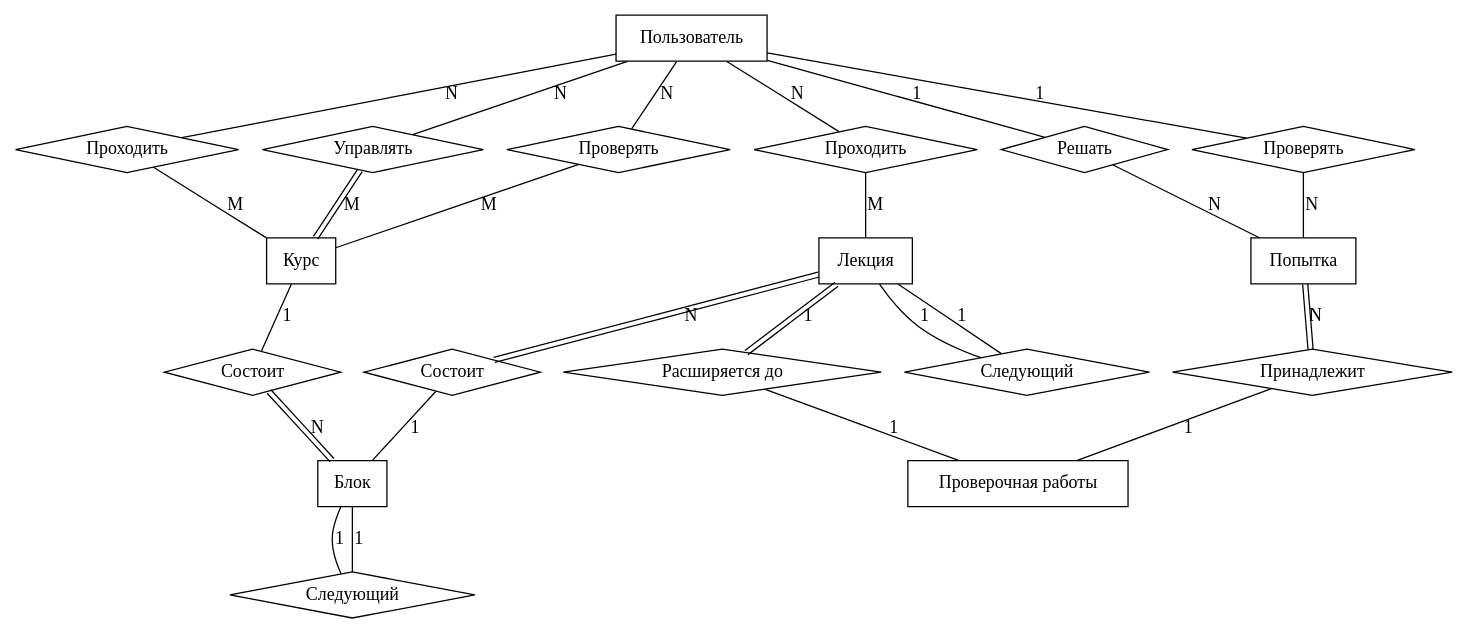
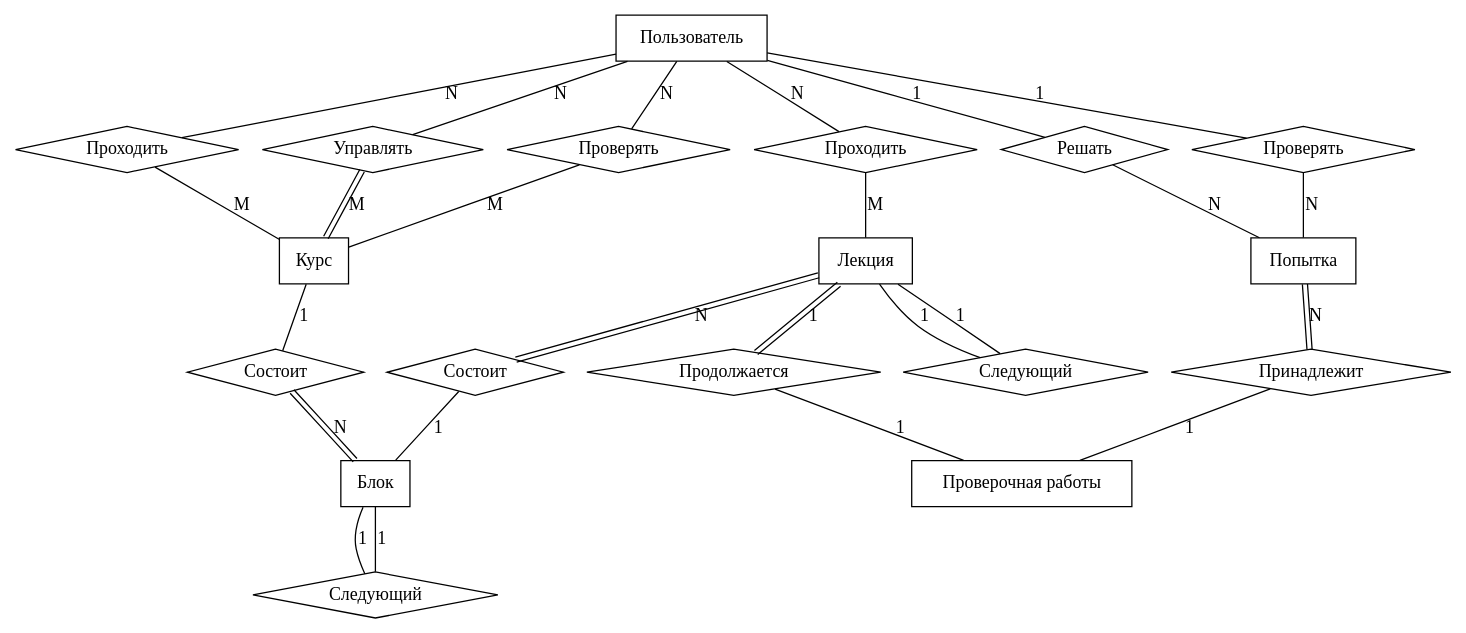
One commit to AsciiShell/DB_project changed the diagram in Text/schemas/ER.dot. Above: the diagram before and after it, drawn with Graphviz.

Commit message:
Rename link

```diff
--- a/Text/schemas/ER.dot
+++ b/Text/schemas/ER.dot
@@ -1,61 +1,61 @@
 graph ERD {
 
   //graph [ ranksep="0"];
   //rankdir=LR;
 
   User [ label="Пользователь" shape = "box" ];
   Course [ label="Курс" shape = "box" ];
   Block [ label="Блок" shape = "box" ];
   Task [ label="Проверочная работы" shape = "box" ];
   Solution [ label="Попытка" shape = "box" ];
   Lecture [ label="Лекция" shape = "box" ];
 
   UserCourseSolve [ label="Проходить" shape = "diamond" ];
   UserCourseControl [ label="Управлять" shape = "diamond" ];
   UserCourseCheck [ label="Проверять" shape = "diamond" ];
   CourseBlock [ label="Состоит" shape = "diamond" ];
   BlockLecture [ label="Состоит" shape = "diamond" ];
-  LectureTask [ label="Расширяется до" shape = "diamond" ];
+  LectureTask [ label="Продолжается" shape = "diamond" ];
   BlockNext [ label="Следующий" shape = "diamond" ];
   LectureNext [ label="Следующий" shape = "diamond" ];
   LectureUser [ label="Проходить" shape = "diamond" ];
   TaskSolution [ label="Принадлежит" shape = "diamond" ];
   UserSolutionSolve [ label="Решать" shape = "diamond" ];
   UserSolutionCheck [ label="Проверять" shape = "diamond" ];
   
   //{rank = same; UserCourseSolve; UserCourseControl; UserCourseCheck; LectureUser; UserSolutionSolve; UserSolutionCheck;}
   //{rank = same; Block;Task;}
   //{rank = same; CourseBlock;BlockLecture;LectureTask;}
   
   User -- UserCourseSolve[label = N];
   UserCourseSolve -- Course[label = M]; 
   User -- UserCourseControl[label = N];
   UserCourseControl-- Course[color="black:invis:black" label=M] ; 
   User -- UserCourseCheck[label = N];
   UserCourseCheck -- Course[label = M]; 
   User -- UserSolutionSolve[label = 1];
   UserSolutionSolve -- Solution[label = N];
   User -- UserSolutionCheck[label = 1];
   UserSolutionCheck -- Solution[label = N];
   User -- LectureUser[label = N];
   LectureUser -- Lecture[label = M];
   
   Course -- CourseBlock[label = 1];
   CourseBlock -- Block[color = "black:invis:black" label=N] ; 
   
   BlockLecture -- Block[label = 1];
   Lecture -- LectureTask[color = "black:invis:black"  label = 1];
   
   Lecture -- BlockLecture [color = "black:invis:black" label=N] ; 
   LectureTask -- Task[label=1] ; 
   
   TaskSolution -- Task[label = 1];
   Solution -- TaskSolution[color = "black:invis:black" label=N] ; 
   
   // loopback TaskNext
   Block -- BlockNext [label=1] ; 
   BlockNext -- Block [label=1] ; 
   
   LectureNext -- Lecture [label=1] ; 
   Lecture -- LectureNext [label=1] ; 
 }
```
